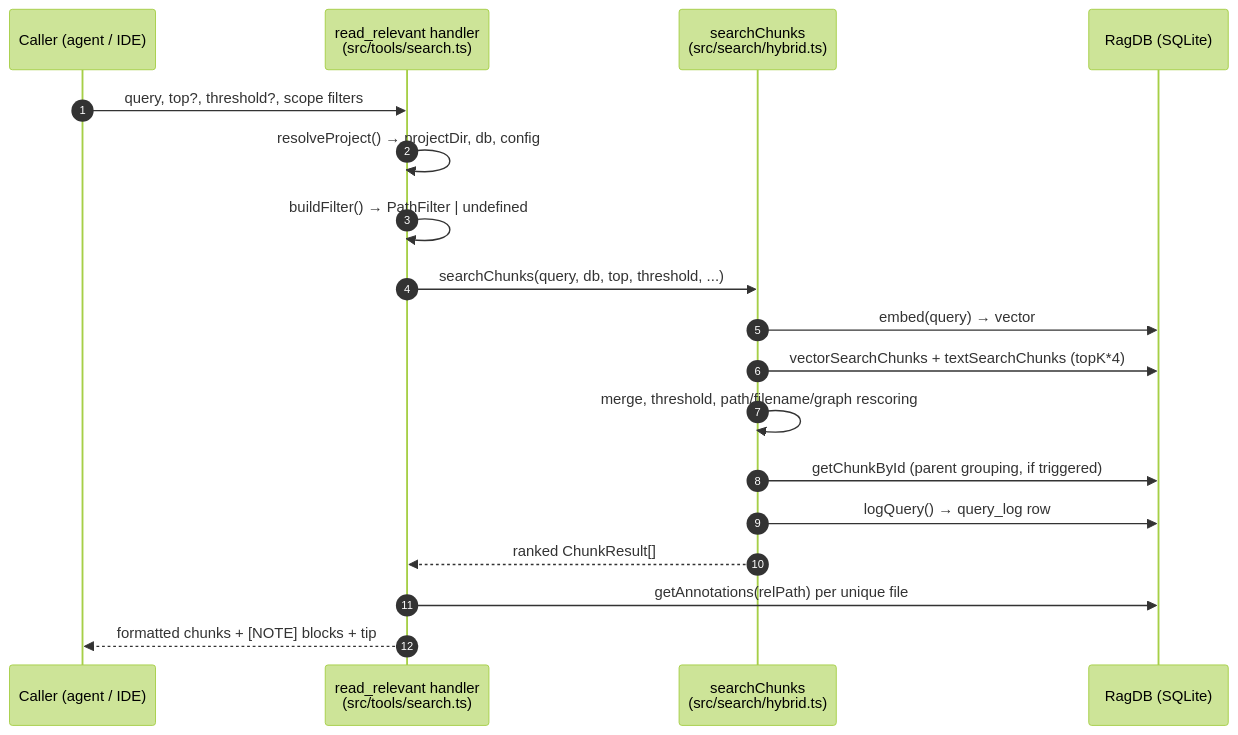
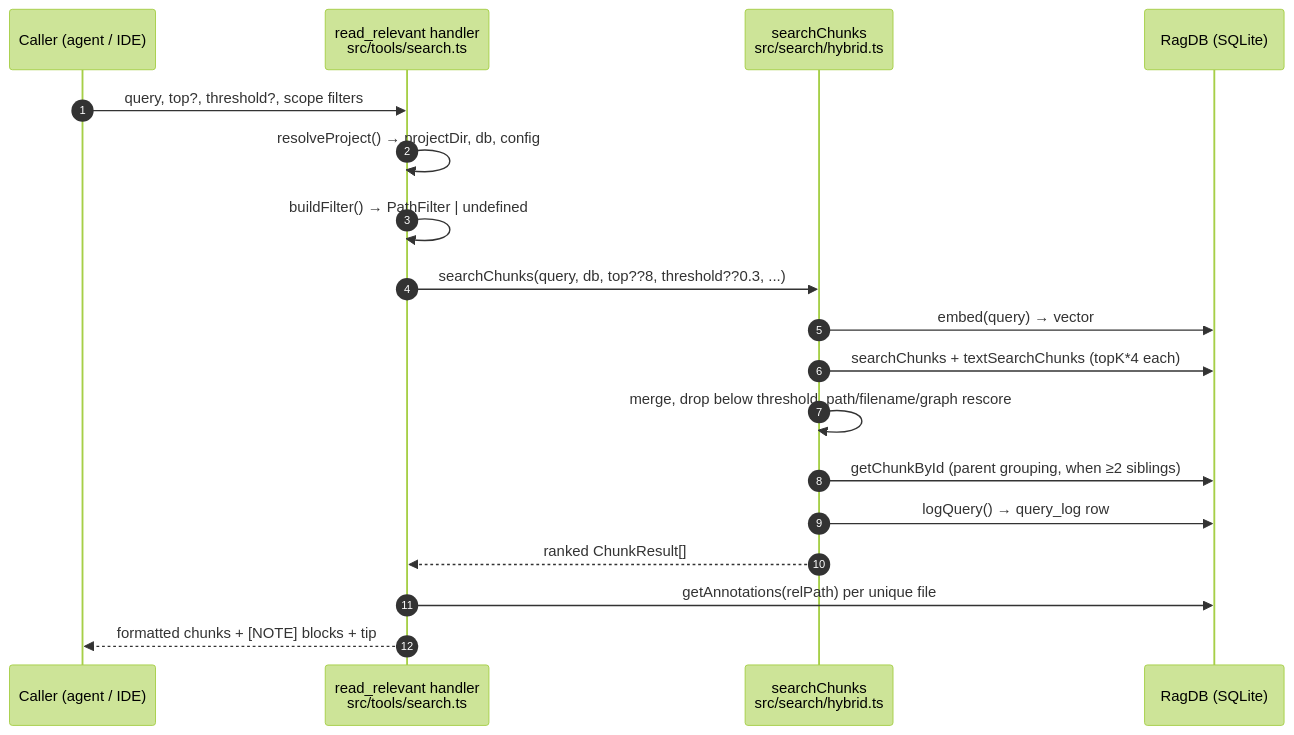
The diagram in wiki/tools/read-relevant.md (TheWinci/mimirs), drawn with Mermaid (forest theme) before and after one commit. The commit also changed other lines of this file and 55 other files, not shown here.

````diff
--- a/wiki/tools/read-relevant.md
+++ b/wiki/tools/read-relevant.md
@@ -32,20 +32,20 @@
 ```mermaid
 sequenceDiagram
     autonumber
     participant Caller as Caller (agent / IDE)
-    participant Tool as read_relevant handler<br>(src/tools/search.ts)
-    participant Hybrid as searchChunks<br>(src/search/hybrid.ts)
-    participant DB as RagDB (SQLite)
-    Caller->>Tool: query, top?, threshold?, scope filters
-    Tool->>Tool: resolveProject() → projectDir, db, config
-    Tool->>Tool: buildFilter() → PathFilter | undefined
-    Tool->>Hybrid: searchChunks(query, db, top, threshold, ...)
-    Hybrid->>DB: embed(query) → vector
-    Hybrid->>DB: vectorSearchChunks + textSearchChunks (topK*4)
-    Hybrid->>Hybrid: merge, threshold, path/filename/graph rescoring
-    Hybrid->>DB: getChunkById (parent grouping, if triggered)
-    Hybrid->>DB: logQuery() → query_log row
-    Hybrid-->>Tool: ranked ChunkResult[]
-    Tool->>DB: getAnnotations(relPath) per unique file
-    Tool-->>Caller: formatted chunks + [NOTE] blocks + tip
+    participant Handler as read_relevant handler<br>src/tools/search.ts
+    participant Engine as searchChunks<br>src/search/hybrid.ts
+    participant Store as RagDB (SQLite)
+    Caller->>Handler: query, top?, threshold?, scope filters
+    Handler->>Handler: resolveProject() → projectDir, db, config
+    Handler->>Handler: buildFilter() → PathFilter | undefined
+    Handler->>Engine: searchChunks(query, db, top??8, threshold??0.3, ...)
+    Engine->>Store: embed(query) → vector
+    Engine->>Store: searchChunks + textSearchChunks (topK*4 each)
+    Engine->>Engine: merge, drop below threshold, path/filename/graph rescore
+    Engine->>Store: getChunkById (parent grouping, when ≥2 siblings)
+    Engine->>Store: logQuery() → query_log row
+    Engine-->>Handler: ranked ChunkResult[]
+    Handler->>Store: getAnnotations(relPath) per unique file
+    Handler-->>Caller: formatted chunks + [NOTE] blocks + tip
 ```
````
